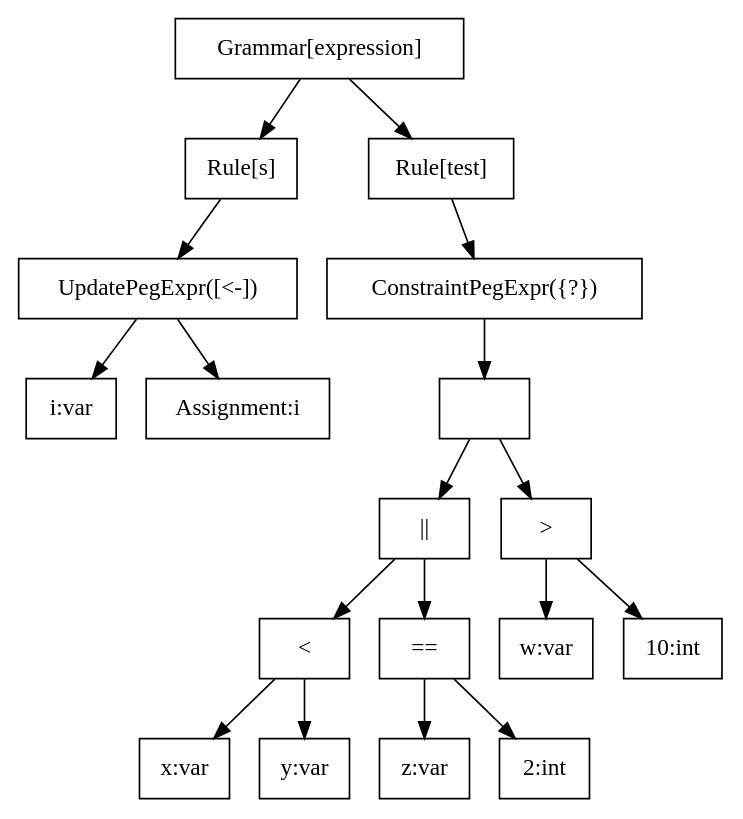
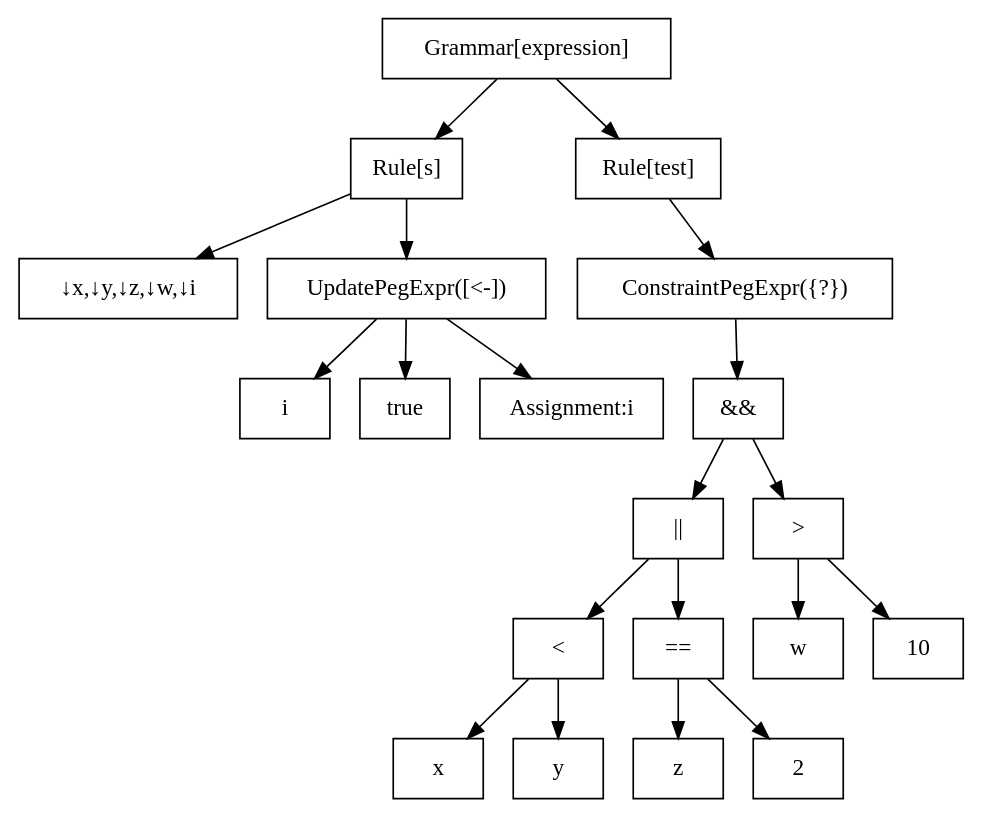
The diagram in language/code/compiler/output/grammar03.dot (lives-group/APEG), drawn with Graphviz before and after one commit. The commit also changed 34 other files, not shown here.

```diff
--- a/language/code/compiler/output/grammar03.dot
+++ b/language/code/compiler/output/grammar03.dot
@@ -1,39 +1,43 @@
 Digraph expression {
   node [shape="box"];
   grammar [label = "Grammar[expression]"];
 
   sRule [label = "Rule[s]"];
   grammar -> sRule;
+  inh0 [label = "↓x,↓y,↓z,↓w,↓i"];
+  sRule -> inh0;
   UpdatePeg0 [label = "UpdatePegExpr([<-])"];
   sRule -> UpdatePeg0;
-  attributeExpr0 [label = "i:var"];
+  attributeExpr0 [label = "i"];
   UpdatePeg0 -> attributeExpr0;
-  assignmentNode0 [label = "Assignment:i"];
-  UpdatePeg0 -> assignmentNode0;
+  BooleanLiteralExpr1 [label = "true"];
+  UpdatePeg0 -> BooleanLiteralExpr1;
+  assignmentNode1 [label = "Assignment:i"];
+  UpdatePeg0 -> assignmentNode1;
   testRule [label = "Rule[test]"];
   grammar -> testRule;
   ConstraintPeg1 [label = "ConstraintPegExpr({?})"];
   testRule -> ConstraintPeg1;
-  AndExpr1 [label = ""];
-  ConstraintPeg1 -> AndExpr1;
-  OrExpr2 [label = "||"];
-  AndExpr1 -> OrExpr2;
-  LessExpr3 [label = "<"];
-  OrExpr2 -> LessExpr3;
-  attributeExpr4 [label = "x:var"];
-  LessExpr3 -> attributeExpr4;
-  attributeExpr5 [label = "y:var"];
-  LessExpr3 -> attributeExpr5;
-  EqualsExpr6 [label = "=="];
-  OrExpr2 -> EqualsExpr6;
-  attributeExpr7 [label = "z:var"];
-  EqualsExpr6 -> attributeExpr7;
-  IntLiteralExpr8 [label = "2:int"];
-  EqualsExpr6 -> IntLiteralExpr8;
-  GreaterExpr9 [label = "\>"];
-  AndExpr1 -> GreaterExpr9;
-  attributeExpr10 [label = "w:var"];
-  GreaterExpr9 -> attributeExpr10;
-  IntLiteralExpr11 [label = "10:int"];
-  GreaterExpr9 -> IntLiteralExpr11;
+  AndExpr2 [label = "&&"];
+  ConstraintPeg1 -> AndExpr2;
+  OrExpr3 [label = "||"];
+  AndExpr2 -> OrExpr3;
+  LessExpr4 [label = "<"];
+  OrExpr3 -> LessExpr4;
+  attributeExpr5 [label = "x"];
+  LessExpr4 -> attributeExpr5;
+  attributeExpr6 [label = "y"];
+  LessExpr4 -> attributeExpr6;
+  EqualsExpr7 [label = "=="];
+  OrExpr3 -> EqualsExpr7;
+  attributeExpr8 [label = "z"];
+  EqualsExpr7 -> attributeExpr8;
+  IntLiteralExpr9 [label = "2"];
+  EqualsExpr7 -> IntLiteralExpr9;
+  GreaterExpr10 [label = "\>"];
+  AndExpr2 -> GreaterExpr10;
+  attributeExpr11 [label = "w"];
+  GreaterExpr10 -> attributeExpr11;
+  IntLiteralExpr12 [label = "10"];
+  GreaterExpr10 -> IntLiteralExpr12;
 }
```
